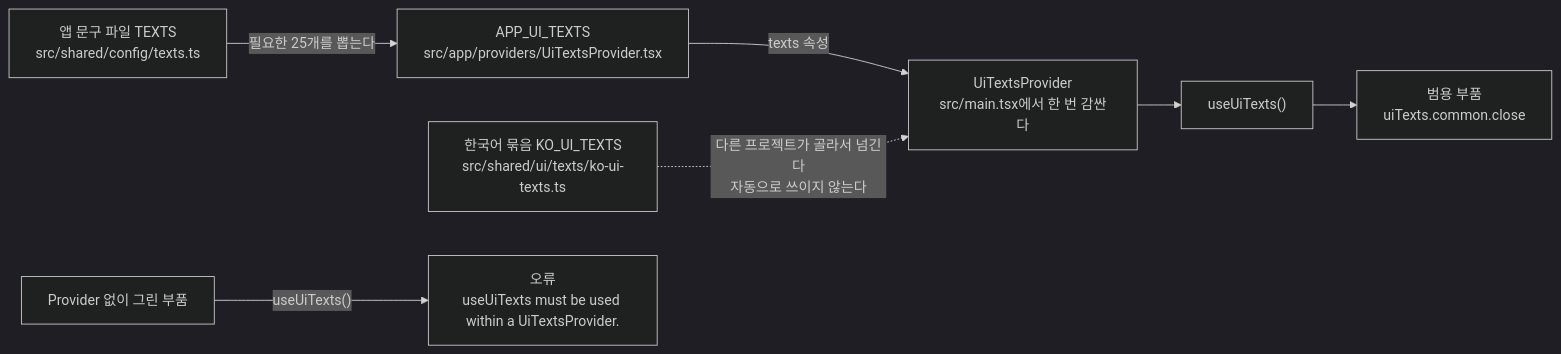
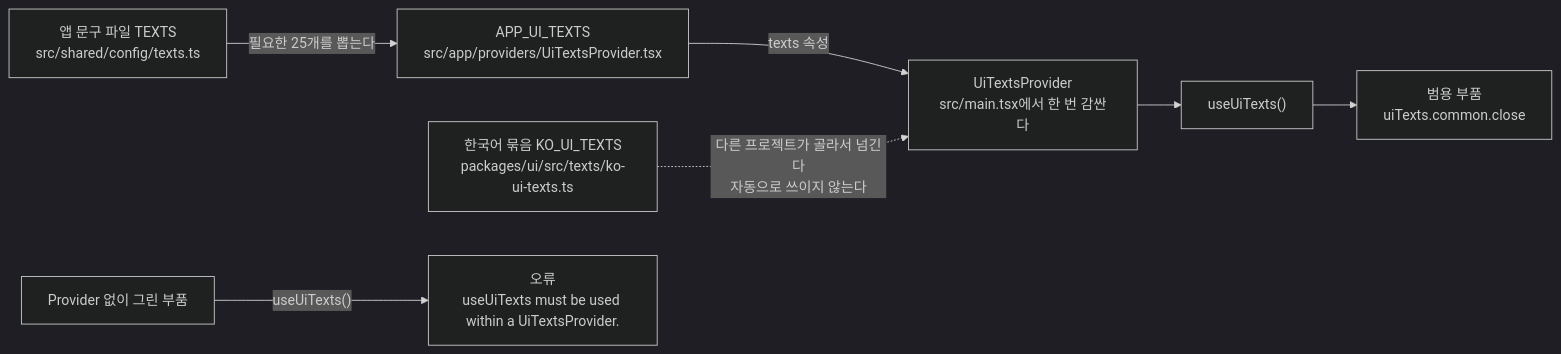
The first of 3 diagrams in docs/DESIGN-SYSTEM-PRINCIPLES.md (BAECHAN/link-sphere_FE_NEW), drawn with Mermaid (dark theme) before and after one commit. The commit also changed other lines of this file and 246 other files, not shown here.

````diff
--- a/docs/DESIGN-SYSTEM-PRINCIPLES.md
+++ b/docs/DESIGN-SYSTEM-PRINCIPLES.md
@@ -69,9 +69,9 @@
 ```mermaid
 flowchart LR
     T["앱 문구 파일 TEXTS<br/>src/shared/config/texts.ts"] -->|"필요한 25개를 뽑는다"| A["APP_UI_TEXTS<br/>src/app/providers/UiTextsProvider.tsx"]
     A -->|"texts 속성"| P["UiTextsProvider<br/>src/main.tsx에서 한 번 감싼다"]
-    K["한국어 묶음 KO_UI_TEXTS<br/>src/shared/ui/texts/ko-ui-texts.ts"] -.->|"다른 프로젝트가 골라서 넘긴다<br/>자동으로 쓰이지 않는다"| P
+    K["한국어 묶음 KO_UI_TEXTS<br/>packages/ui/src/texts/ko-ui-texts.ts"] -.->|"다른 프로젝트가 골라서 넘긴다<br/>자동으로 쓰이지 않는다"| P
     P --> H["useUiTexts()"]
     H --> C["범용 부품<br/>uiTexts.common.close"]
     N["Provider 없이 그린 부품"] -->|"useUiTexts()"| E["오류<br/>useUiTexts must be used within a UiTextsProvider."]
 ```
````
